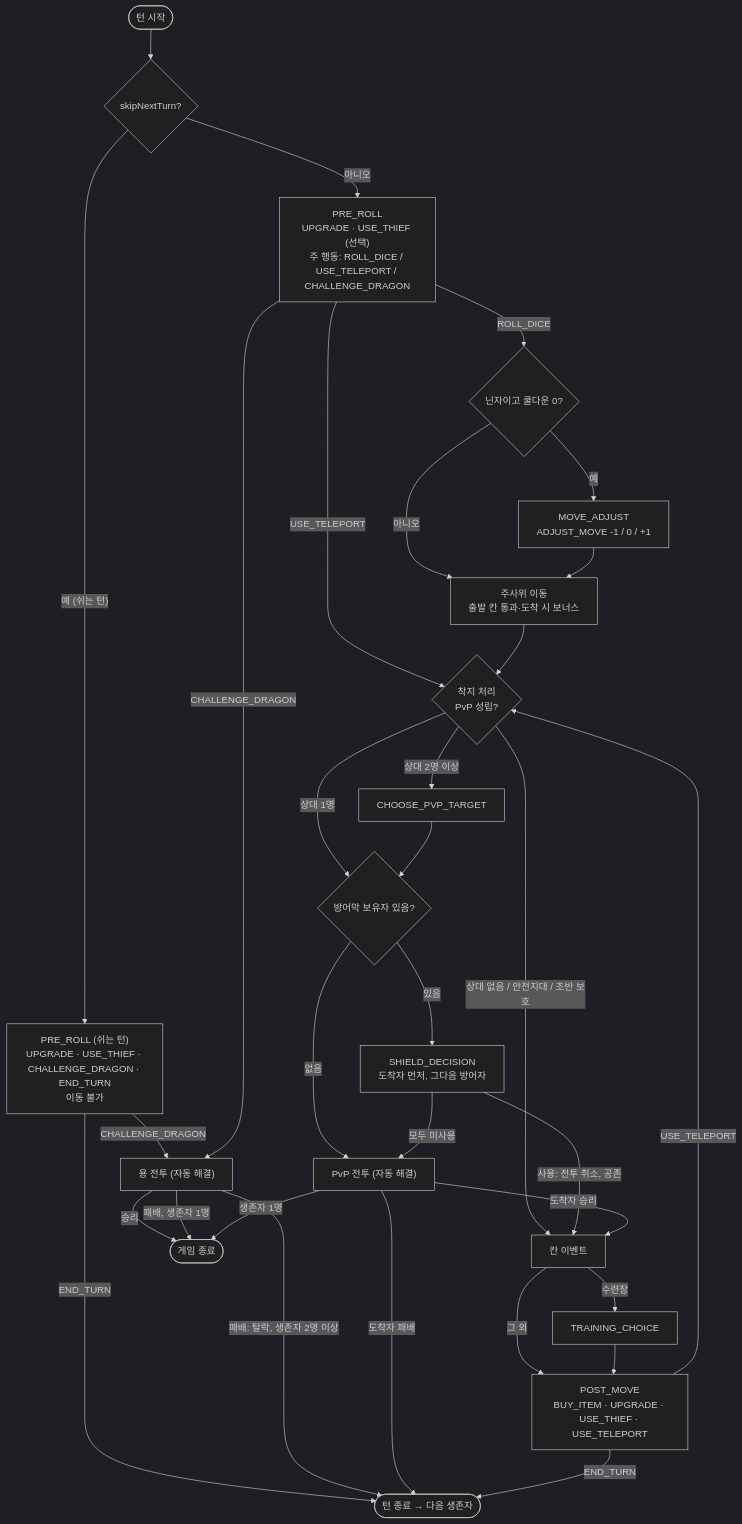
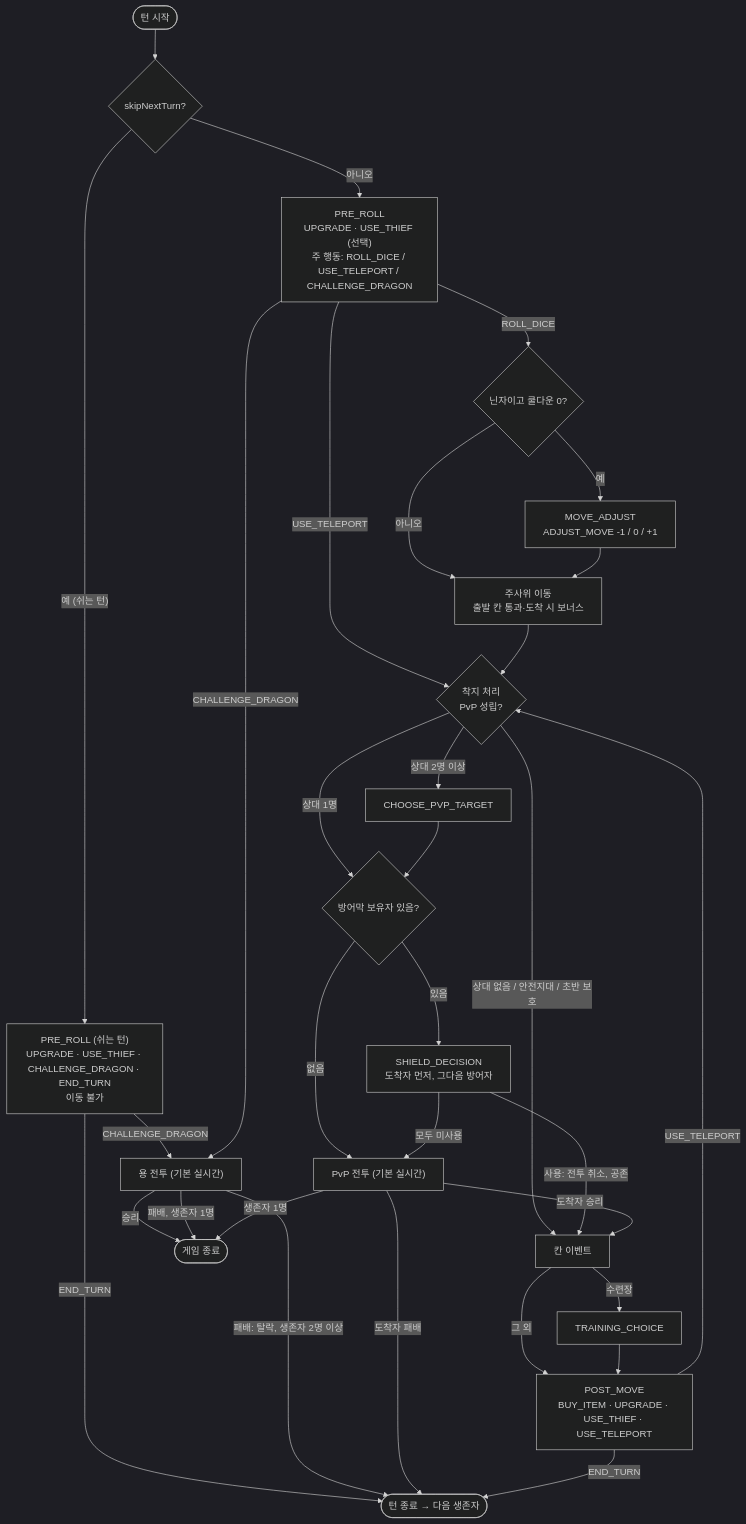
The diagram in docs/game-design.md (KR-penguin/Dragon-Rush), drawn with Mermaid (dark theme) before and after one commit. The commit also changed other lines of this file and 8 other files, not shown here.

````diff
--- a/docs/game-design.md
+++ b/docs/game-design.md
@@ -151,52 +151,52 @@
 ```mermaid
 flowchart TD
   ts(["턴 시작"])
   skipQ{"skipNextTurn?"}
   pre["PRE_ROLL<br/>UPGRADE · USE_THIEF (선택)<br/>주 행동: ROLL_DICE / USE_TELEPORT / CHALLENGE_DRAGON"]
-  dragonFight["용 전투 (자동 해결)"]
+  dragonFight["용 전투 (기본 실시간)"]
   adjQ{"닌자이고 쿨다운 0?"}
   adj["MOVE_ADJUST<br/>ADJUST_MOVE -1 / 0 / +1"]
   move["주사위 이동<br/>출발 칸 통과·도착 시 보너스"]
   land{"착지 처리<br/>PvP 성립?"}
   target["CHOOSE_PVP_TARGET"]
   shieldQ{"방어막 보유자 있음?"}
   shield["SHIELD_DECISION<br/>도착자 먼저, 그다음 방어자"]
-  duel["PvP 전투 (자동 해결)"]
+  duel["PvP 전투 (기본 실시간)"]
   tile["칸 이벤트"]
   train["TRAINING_CHOICE"]
   post["POST_MOVE<br/>BUY_ITEM · UPGRADE · USE_THIEF · USE_TELEPORT"]
   turnEnd(["턴 종료 → 다음 생존자"])
   gameEnd(["게임 종료"])
 
   ts --> skipQ
   skipQ -->|"예 (쉬는 턴)"| rest["PRE_ROLL (쉬는 턴)<br/>UPGRADE · USE_THIEF · CHALLENGE_DRAGON · END_TURN<br/>이동 불가"]
   rest -->|"END_TURN"| turnEnd
   rest -->|"CHALLENGE_DRAGON"| dragonFight
   skipQ -->|"아니오"| pre
   pre -->|"CHALLENGE_DRAGON"| dragonFight
   dragonFight -->|"승리"| gameEnd
   dragonFight -->|"패배: 탈락, 생존자 2명 이상"| turnEnd
   dragonFight -->|"패배, 생존자 1명"| gameEnd
   pre -->|"ROLL_DICE"| adjQ
   adjQ -->|"예"| adj
   adjQ -->|"아니오"| move
   adj --> move
   pre -->|"USE_TELEPORT"| land
   move --> land
   land -->|"상대 2명 이상"| target
   land -->|"상대 1명"| shieldQ
   land -->|"상대 없음 / 안전지대 / 초반 보호"| tile
   target --> shieldQ
   shieldQ -->|"있음"| shield
   shieldQ -->|"없음"| duel
   shield -->|"사용: 전투 취소, 공존"| tile
   shield -->|"모두 미사용"| duel
   duel -->|"도착자 승리"| tile
   duel -->|"도착자 패배"| turnEnd
   duel -->|"생존자 1명"| gameEnd
   tile -->|"수련장"| train
   tile -->|"그 외"| post
   train --> post
   post -->|"USE_TELEPORT"| land
   post -->|"END_TURN"| turnEnd
 ```
````
